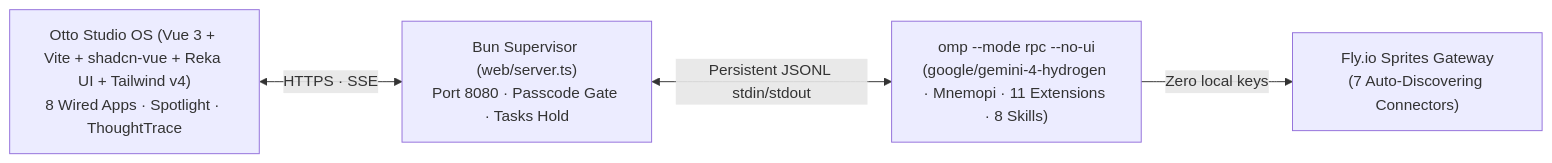
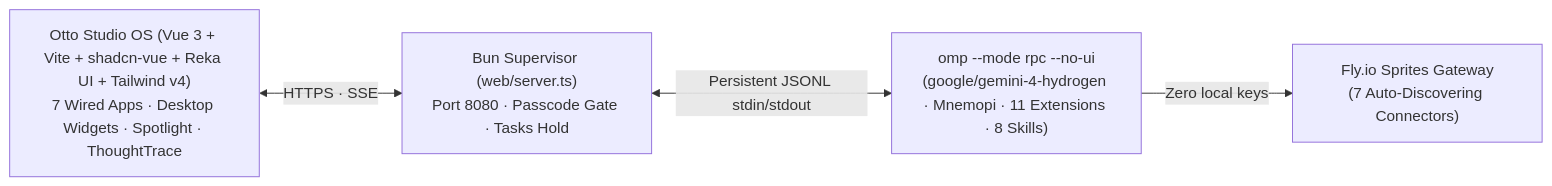
Before and after one commit to roffidaijoubu/otto: the first of 5 diagrams in docs/architecture.md, drawn with Mermaid. The commit also changed other lines of this file and 15 other files, not shown here.

Commit message:
refactor: replace Mission Control with Desktop widgets, floating Otto mascot, and fix IANA timezone cron parsing

````diff
--- a/docs/architecture.md
+++ b/docs/architecture.md
@@ -13,6 +13,6 @@
 ```mermaid
 flowchart LR
-    B["Otto Studio OS (Vue 3 + Vite + shadcn-vue + Reka UI + Tailwind v4)<br/>8 Wired Apps · Spotlight · ThoughtTrace"] <-->|"HTTPS · SSE"| S["Bun Supervisor (web/server.ts)<br/>Port 8080 · Passcode Gate · Tasks Hold"]
+    B["Otto Studio OS (Vue 3 + Vite + shadcn-vue + Reka UI + Tailwind v4)<br/>7 Wired Apps · Desktop Widgets · Spotlight · ThoughtTrace"] <-->|"HTTPS · SSE"| S["Bun Supervisor (web/server.ts)<br/>Port 8080 · Passcode Gate · Tasks Hold"]
     S <-->|"Persistent JSONL stdin/stdout"| O["omp --mode rpc --no-ui<br/>(google/gemini-4-hydrogen · Mnemopi · 11 Extensions · 8 Skills)"]
     O -->|"Zero local keys"| G["Fly.io Sprites Gateway<br/>(7 Auto-Discovering Connectors)"]
 ```
````
